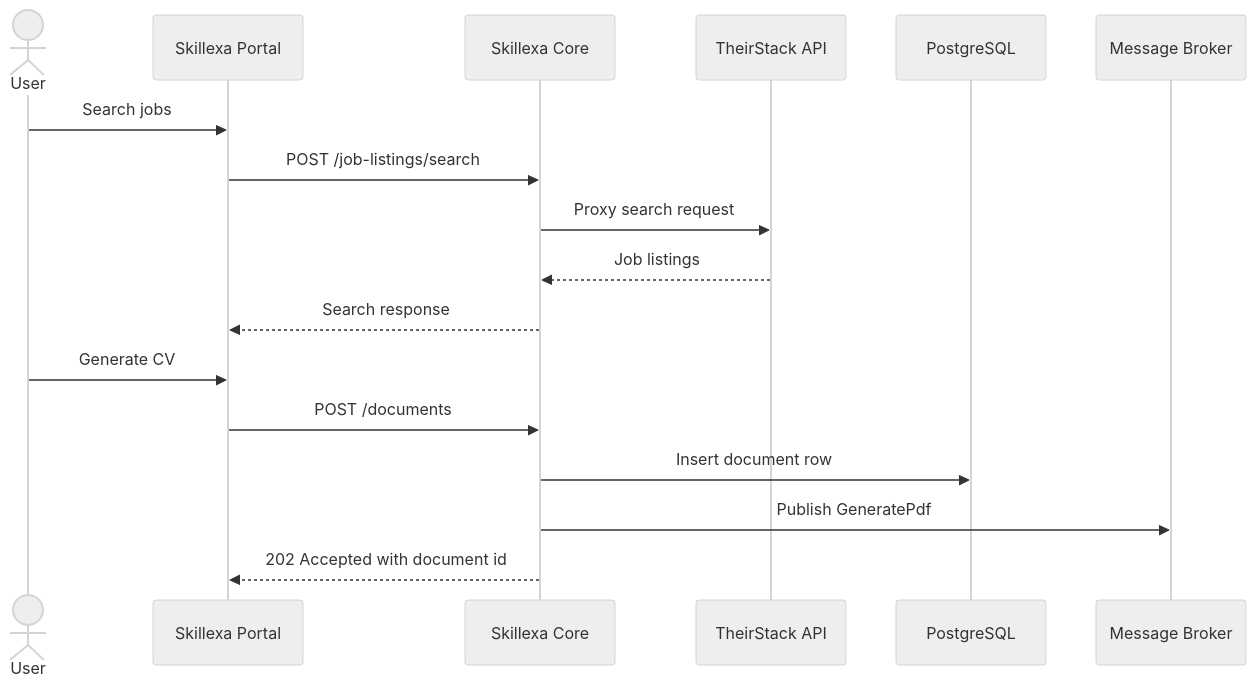
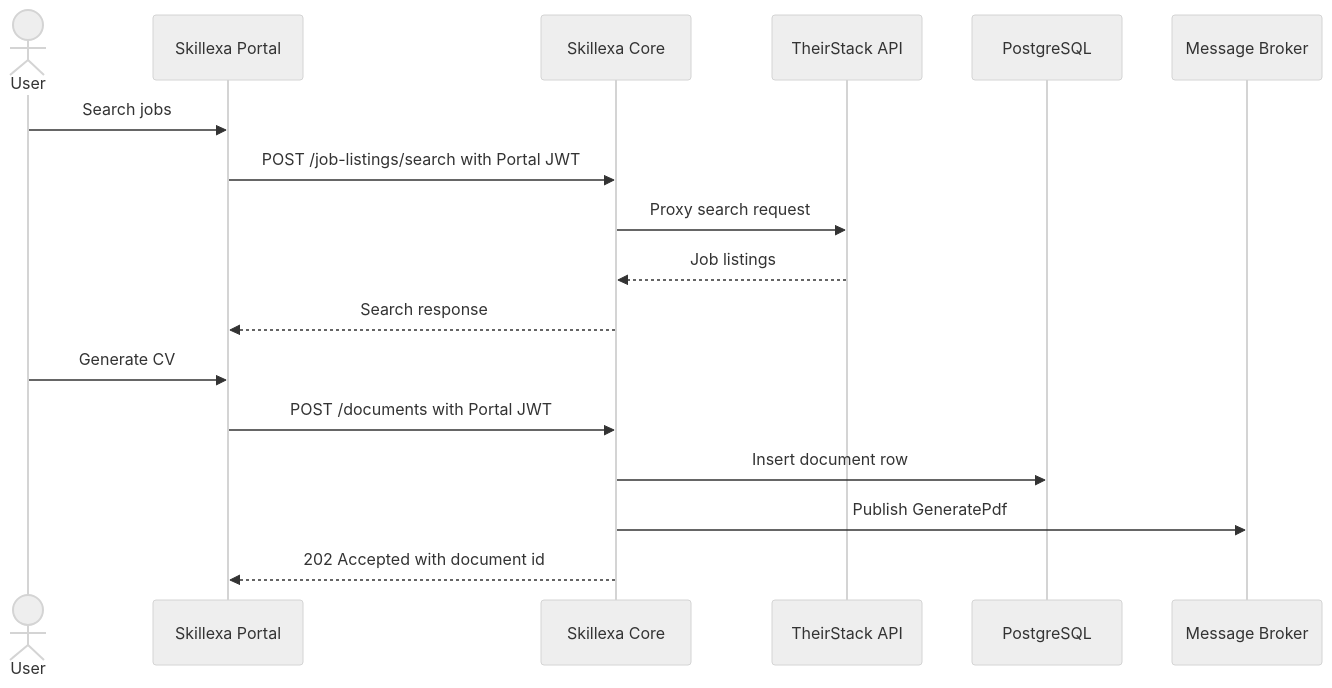
The diagram in docs/diagrams/request-flow.md (IXvlad-EU/Skillexa), drawn with Mermaid (neutral theme) before and after one commit. The commit also changed 62 other files, not shown here.

````diff
--- a/docs/diagrams/request-flow.md
+++ b/docs/diagrams/request-flow.md
@@ -1,21 +1,21 @@
 ```mermaid
 sequenceDiagram
 
     actor User
     participant Portal as Skillexa Portal
     participant Core as Skillexa Core
     participant Search as TheirStack API
     participant Db as PostgreSQL
     participant Broker as Message Broker
 
     User->>Portal: Search jobs
-    Portal->>Core: POST /job-listings/search
+    Portal->>Core: POST /job-listings/search with Portal JWT
     Core->>Search: Proxy search request
     Search-->>Core: Job listings
     Core-->>Portal: Search response
     User->>Portal: Generate CV
-    Portal->>Core: POST /documents
+    Portal->>Core: POST /documents with Portal JWT
     Core->>Db: Insert document row
     Core->>Broker: Publish GeneratePdf
     Core-->>Portal: 202 Accepted with document id
 ```
````
